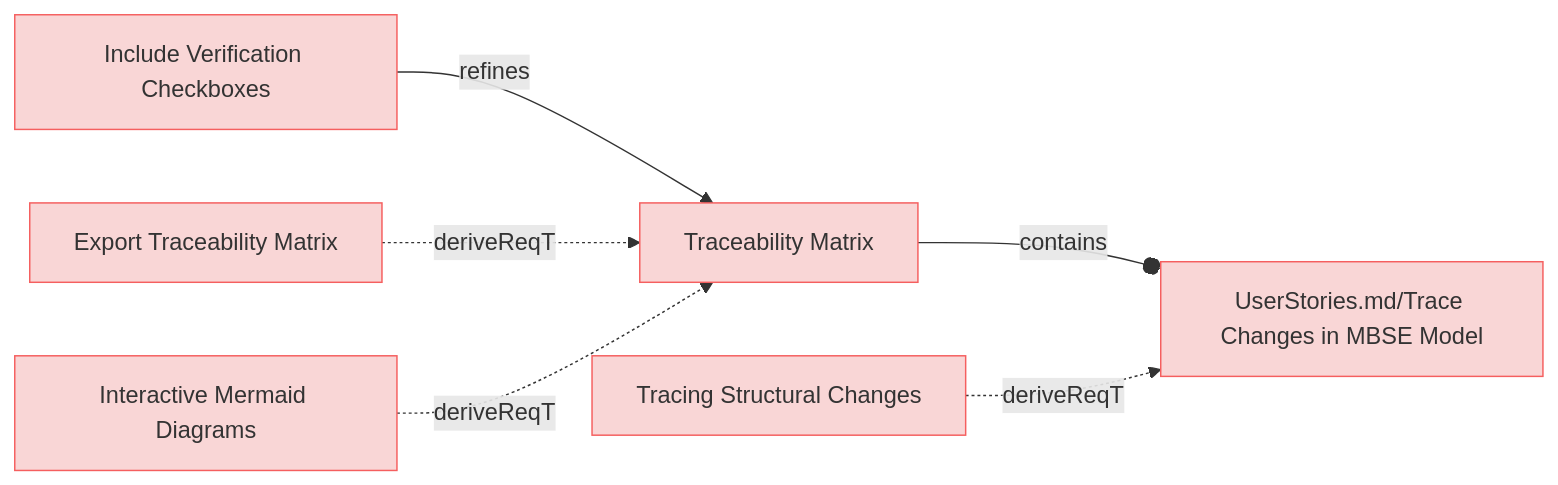
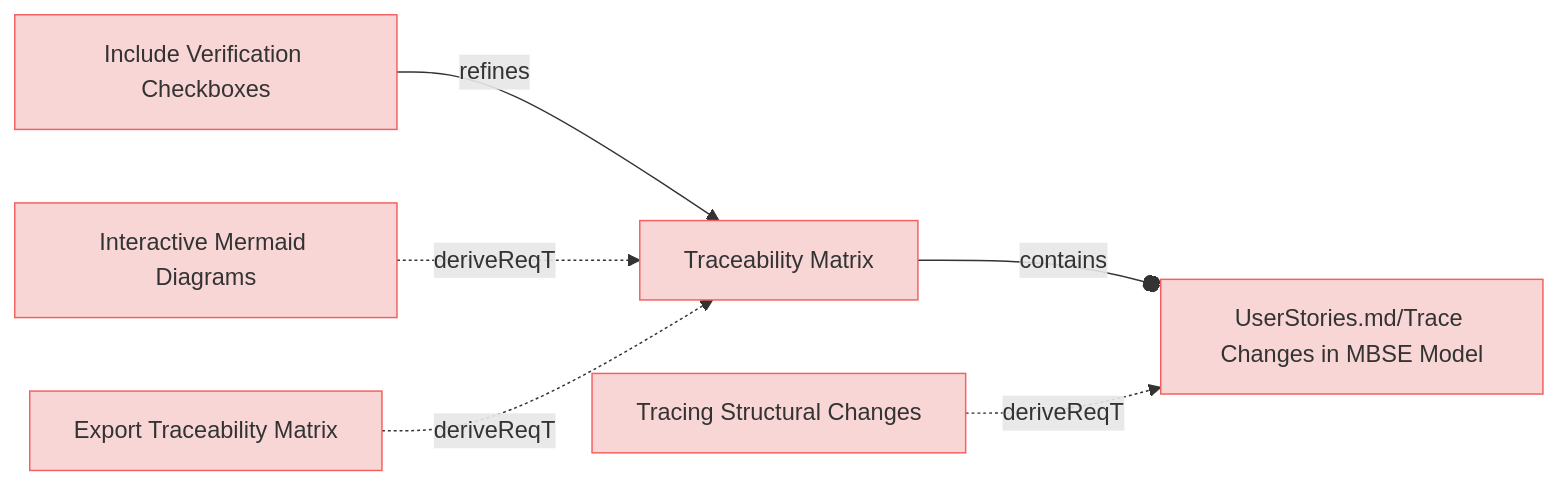
The sixth of 9 diagrams in specifications/UserRequirements.md (reqvire-org/reqvire), drawn with Mermaid before and after one commit. The commit also changed other lines of this file and 15 other files, not shown here.

Commit message:
Linted and new diagrams generated.

````diff
--- a/specifications/UserRequirements.md
+++ b/specifications/UserRequirements.md
@@ -447,32 +447,32 @@
 ```mermaid
 graph LR;
   %% Graph styling
   classDef requirement fill:#f9d6d6,stroke:#f55f5f,stroke-width:1px;
   classDef verification fill:#d6f9d6,stroke:#5fd75f,stroke-width:1px;
   classDef externalLink fill:#d0e0ff,stroke:#3080ff,stroke-width:1px;
   classDef default fill:#f5f5f5,stroke:#333333,stroke-width:1px;
 
   4bedae4112e254b["Include Verification Checkboxes"];
-  click 4bedae4112e254b "https://github.com/Reqvire/reqvire/blob/f18e52f9f88c64f67a79abc4e93eb74b3ec22615/specifications/UserRequirements.md#include-verification-checkboxes";
+  click 4bedae4112e254b "https://github.com/Reqvire/reqvire/blob/b8c43d2689b933838bf1838d8a4cdf3393c9014f/specifications/UserRequirements.md#include-verification-checkboxes";
   class 4bedae4112e254b requirement;
   c5b8a7944b6943e2["Traceability Matrix"];
   class c5b8a7944b6943e2 requirement;
-  click c5b8a7944b6943e2 "https://github.com/Reqvire/reqvire/blob/f18e52f9f88c64f67a79abc4e93eb74b3ec22615/specifications/UserRequirements.md#traceability-matrix";
+  click c5b8a7944b6943e2 "https://github.com/Reqvire/reqvire/blob/b8c43d2689b933838bf1838d8a4cdf3393c9014f/specifications/UserRequirements.md#traceability-matrix";
   4bedae4112e254b -->|refines| c5b8a7944b6943e2;
+  2591b90e1fb90daa["UserStories.md/Trace Changes in MBSE Model"];
+  class 2591b90e1fb90daa requirement;
+  click 2591b90e1fb90daa "https://github.com/Reqvire/reqvire/blob/b8c43d2689b933838bf1838d8a4cdf3393c9014f/specifications/UserStories.md#trace-changes-in-mbse-model";
+  c5b8a7944b6943e2 --o|contains| 2591b90e1fb90daa;
+  b8997351b6f34048["Interactive Mermaid Diagrams"];
+  click b8997351b6f34048 "https://github.com/Reqvire/reqvire/blob/b8c43d2689b933838bf1838d8a4cdf3393c9014f/specifications/UserRequirements.md#interactive-mermaid-diagrams";
+  class b8997351b6f34048 requirement;
+  b8997351b6f34048 -.->|deriveReqT| c5b8a7944b6943e2;
+  9b9c33c7182d6eeb["Tracing Structural Changes"];
+  click 9b9c33c7182d6eeb "https://github.com/Reqvire/reqvire/blob/b8c43d2689b933838bf1838d8a4cdf3393c9014f/specifications/UserRequirements.md#tracing-structural-changes";
+  class 9b9c33c7182d6eeb requirement;
+  9b9c33c7182d6eeb -.->|deriveReqT| 2591b90e1fb90daa;
   92ab92840dee10a5["Export Traceability Matrix"];
-  click 92ab92840dee10a5 "https://github.com/Reqvire/reqvire/blob/f18e52f9f88c64f67a79abc4e93eb74b3ec22615/specifications/UserRequirements.md#export-traceability-matrix";
+  click 92ab92840dee10a5 "https://github.com/Reqvire/reqvire/blob/b8c43d2689b933838bf1838d8a4cdf3393c9014f/specifications/UserRequirements.md#export-traceability-matrix";
   class 92ab92840dee10a5 requirement;
   92ab92840dee10a5 -.->|deriveReqT| c5b8a7944b6943e2;
-  b8997351b6f34048["Interactive Mermaid Diagrams"];
-  click b8997351b6f34048 "https://github.com/Reqvire/reqvire/blob/f18e52f9f88c64f67a79abc4e93eb74b3ec22615/specifications/UserRequirements.md#interactive-mermaid-diagrams";
-  class b8997351b6f34048 requirement;
-  b8997351b6f34048 -.->|deriveReqT| c5b8a7944b6943e2;
-  2591b90e1fb90daa["UserStories.md/Trace Changes in MBSE Model"];
-  class 2591b90e1fb90daa requirement;
-  click 2591b90e1fb90daa "https://github.com/Reqvire/reqvire/blob/f18e52f9f88c64f67a79abc4e93eb74b3ec22615/specifications/UserStories.md#trace-changes-in-mbse-model";
-  c5b8a7944b6943e2 --o|contains| 2591b90e1fb90daa;
-  9b9c33c7182d6eeb["Tracing Structural Changes"];
-  click 9b9c33c7182d6eeb "https://github.com/Reqvire/reqvire/blob/f18e52f9f88c64f67a79abc4e93eb74b3ec22615/specifications/UserRequirements.md#tracing-structural-changes";
-  class 9b9c33c7182d6eeb requirement;
-  9b9c33c7182d6eeb -.->|deriveReqT| 2591b90e1fb90daa;
 ```
````
